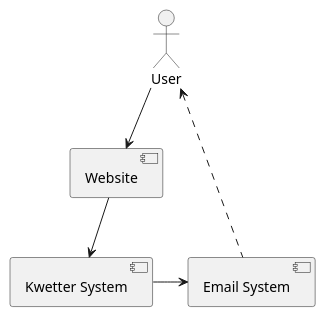
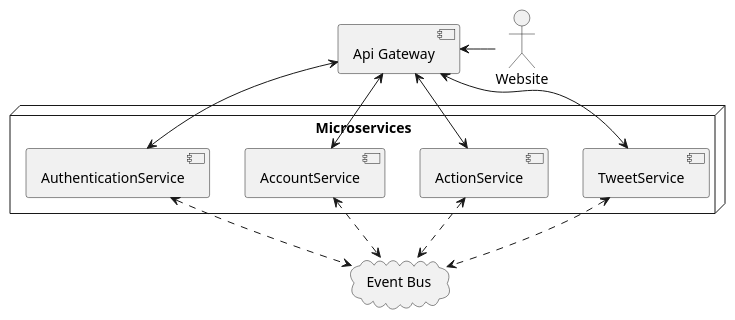
Before and after one commit to Kwetterprise/EDD: the first of 2 diagrams in figures/highlevel.pu, drawn with PlantUML. The commit also changed other lines of this file and 5 other files, not shown here.

```diff
--- a/figures/highlevel.pu
+++ b/figures/highlevel.pu
@@ -8,18 +1,26 @@
-@startuml "Context"
+@startuml "highlevel"
+actor "Website" as Website
 
-actor User
+component "Api Gateway" as mlb
+Website -left-> mlb
 
-component Website
+node Microservices {
+    component TweetService
+    component ActionService
+    component AccountService
+    component AuthenticationService
+}
 
-User --> Website
+cloud "Event Bus" as EventBus
 
-component "Kwetter System" as k
+mlb <--> AuthenticationService
+mlb <--> ActionService
+mlb <--> TweetService
+mlb <--> AccountService
 
-Website --> k
-
-component "Email System" as e
-
-k -> e
-User <.. e
+AuthenticationService <..> EventBus
+ActionService <..> EventBus
+TweetService <..> EventBus
+AccountService <..> EventBus
 
 @enduml
```
